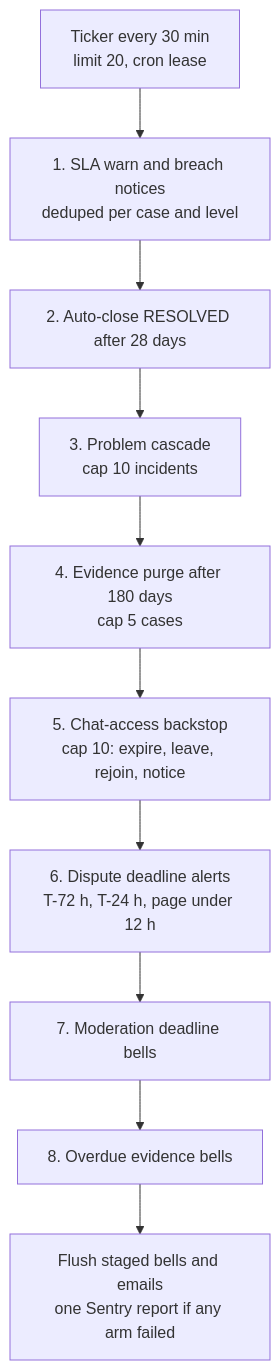
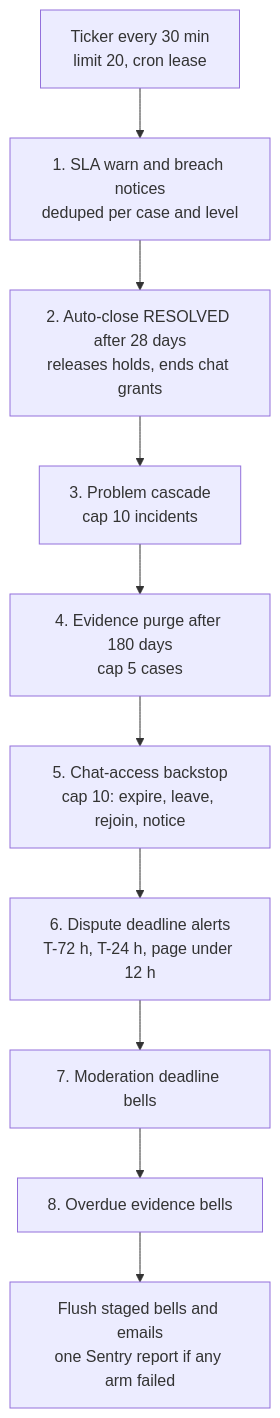
One commit to Practitionist/familiarise_web changed diagram 15 of 17 in docs/start-here/05-support-system-design.md. Above: the diagram before and after it, drawn with Mermaid. The commit also changed other lines of this file and 11 other files, not shown here.

First line of the commit message:
docs(support): auto-close releases holds and ends grants, seat release semantics, reply copy, stream-sync exclusion, reschedule door on dev

````diff
--- a/docs/start-here/05-support-system-design.md
+++ b/docs/start-here/05-support-system-design.md
@@ -444,12 +444,12 @@
 ```mermaid
 flowchart TD
   T["Ticker every 30 min<br/>limit 20, cron lease"] --> A1["1. SLA warn and breach notices<br/>deduped per case and level"]
-  A1 --> A2["2. Auto-close RESOLVED after 28 days"]
+  A1 --> A2["2. Auto-close RESOLVED after 28 days<br/>releases holds, ends chat grants"]
   A2 --> A3["3. Problem cascade<br/>cap 10 incidents"]
   A3 --> A4["4. Evidence purge after 180 days<br/>cap 5 cases"]
   A4 --> A5["5. Chat-access backstop<br/>cap 10: expire, leave, rejoin, notice"]
   A5 --> A6["6. Dispute deadline alerts<br/>T-72 h, T-24 h, page under 12 h"]
   A6 --> A7["7. Moderation deadline bells"]
   A7 --> A8["8. Overdue evidence bells"]
   A8 --> F["Flush staged bells and emails<br/>one Sentry report if any arm failed"]
 ```
````
